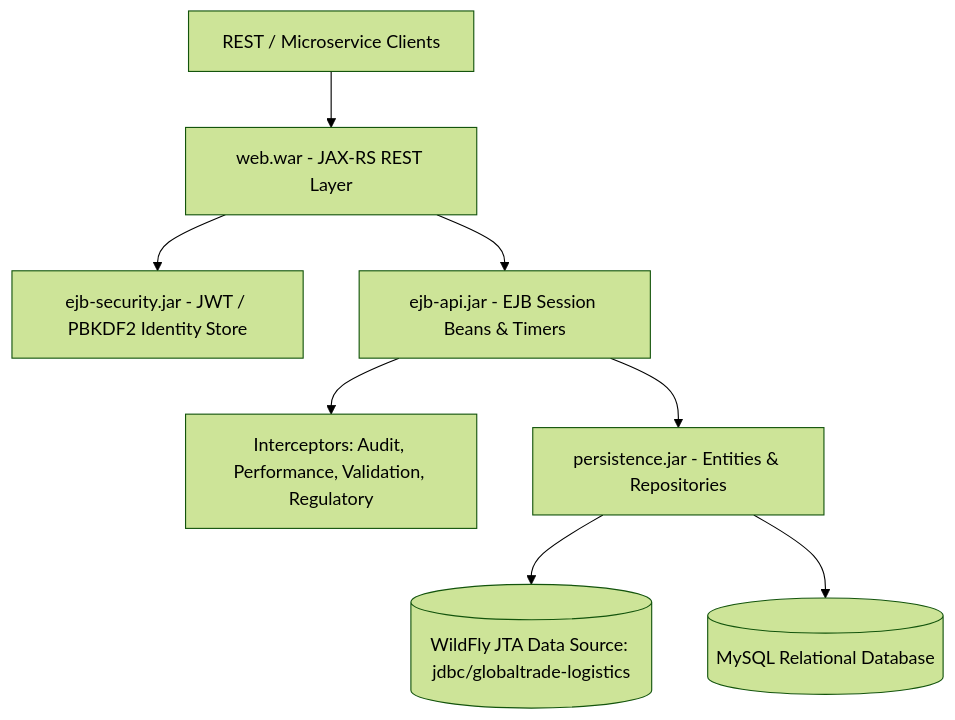
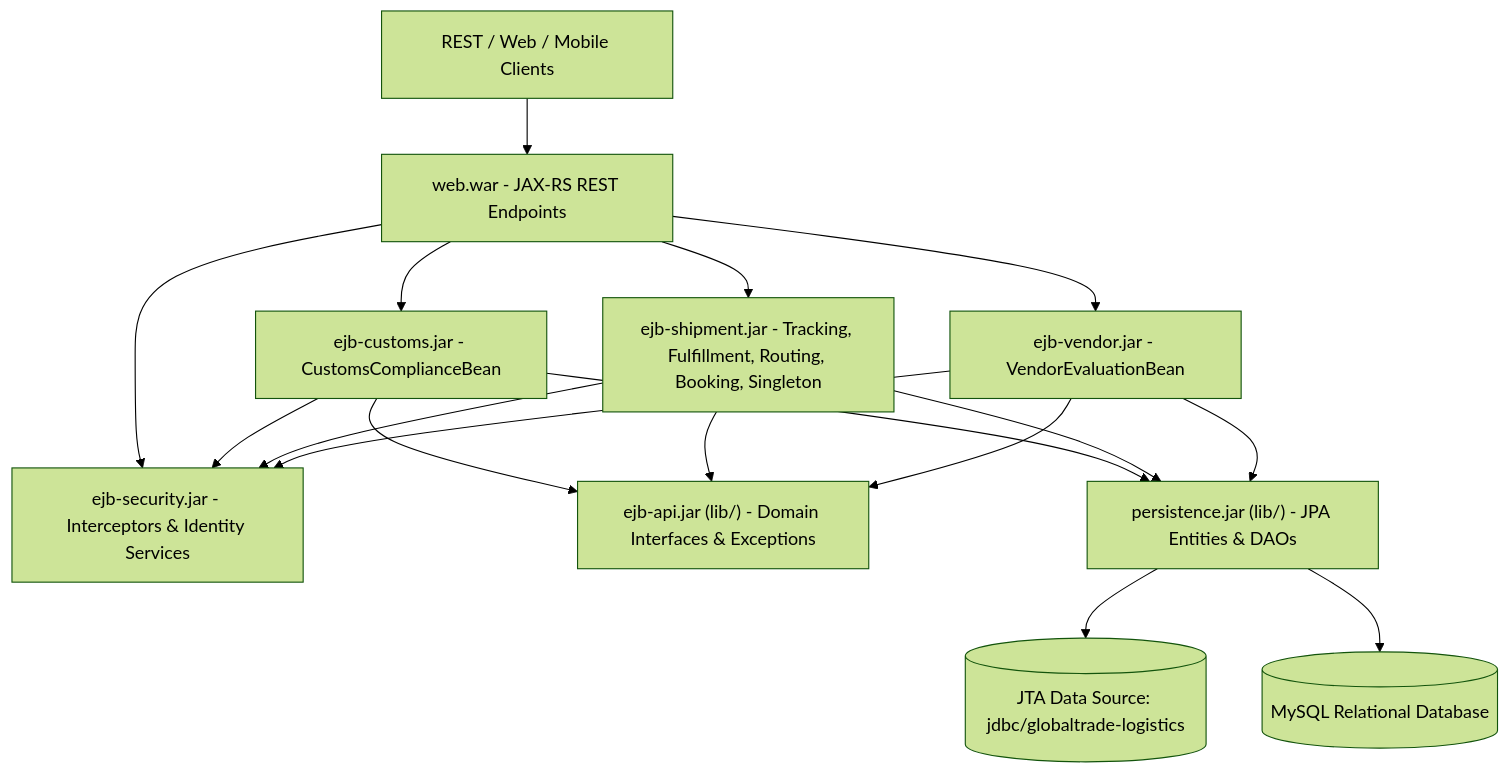
The first of 2 diagrams in TECHNICAL_IMPLEMENTATION_DOCUMENTATION.md (RaminSenanayake/GlobalTrade-Logistics), drawn with Mermaid (forest theme) before and after one commit. The commit also changed other lines of this file and 73 other files, not shown here.

````diff
--- a/TECHNICAL_IMPLEMENTATION_DOCUMENTATION.md
+++ b/TECHNICAL_IMPLEMENTATION_DOCUMENTATION.md
@@ -23,10 +27,19 @@
 ```mermaid
 graph TD
-    Client[REST / Microservice Clients] --> WebWAR[web.war - JAX-RS REST Layer]
-    WebWAR --> EjbSec[ejb-security.jar - JWT / PBKDF2 Identity Store]
-    WebWAR --> EjbAPI[ejb-api.jar - EJB Session Beans & Timers]
-    EjbAPI --> Interceptors[Interceptors: Audit, Performance, Validation, Regulatory]
-    EjbAPI --> PersistenceJAR[persistence.jar - Entities & Repositories]
-    PersistenceJAR --> JTA[(WildFly JTA Data Source: jdbc/globaltrade-logistics)]
-    PersistenceJAR --> DB[(MySQL Relational Database)]
+    Client["REST / Web / Mobile Clients"] --> WebWAR["web.war - JAX-RS REST Endpoints"]
+    WebWAR --> EjbSec["ejb-security.jar - Interceptors & Identity Services"]
+    WebWAR --> EjbCustoms["ejb-customs.jar - CustomsComplianceBean"]
+    WebWAR --> EjbShipment["ejb-shipment.jar - Tracking, Fulfillment, Routing, Booking, Singleton"]
+    WebWAR --> EjbVendor["ejb-vendor.jar - VendorEvaluationBean"]
+    EjbCustoms --> EjbAPI["ejb-api.jar (lib/) - Domain Interfaces & Exceptions"]
+    EjbShipment --> EjbAPI
+    EjbVendor --> EjbAPI
+    EjbCustoms --> EjbSec
+    EjbShipment --> EjbSec
+    EjbVendor --> EjbSec
+    EjbCustoms --> PersistenceJAR["persistence.jar (lib/) - JPA Entities & DAOs"]
+    EjbShipment --> PersistenceJAR
+    EjbVendor --> PersistenceJAR
+    PersistenceJAR --> JTA[("JTA Data Source: jdbc/globaltrade-logistics")]
+    PersistenceJAR --> DB[("MySQL Relational Database")]
 ```
````
